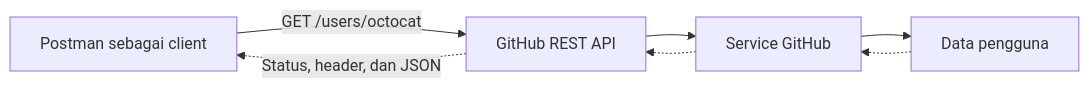
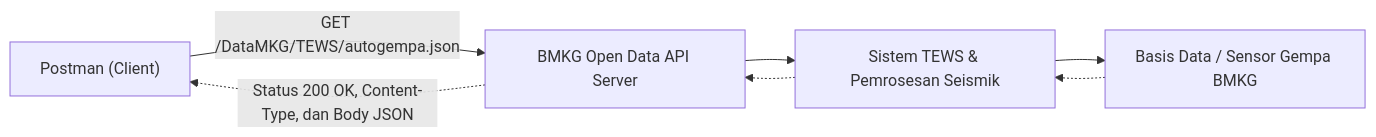
One commit to DonnyGoa09/manajemen-web-service-202434003 changed the diagram in docs/minggu-1-audit-api.md. Above: the diagram before and after it, drawn with Mermaid. The commit also changed other lines of this file, not shown here.

Commit message:
docs: perbarui audit api menggunakan data gempa BMKG

````diff
--- a/docs/minggu-1-audit-api.md
+++ b/docs/minggu-1-audit-api.md
@@ -57,9 +87,9 @@
 ```mermaid
 flowchart LR
-    A[Postman sebagai client] -->|GET /users/octocat| B[GitHub REST API]
-    B --> C[Service GitHub]
-    C --> D[Data pengguna]
+    A["Postman (Client)"] -->|GET /DataMKG/TEWS/autogempa.json| B["BMKG Open Data API Server"]
+    B --> C["Sistem TEWS & Pemrosesan Seismik"]
+    C --> D["Basis Data / Sensor Gempa BMKG"]
     D -.-> C
     C -.-> B
-    B -.->|Status, header, dan JSON| A
+    B -.->|Status 200 OK, Content-Type, dan Body JSON| A
 ```
````
